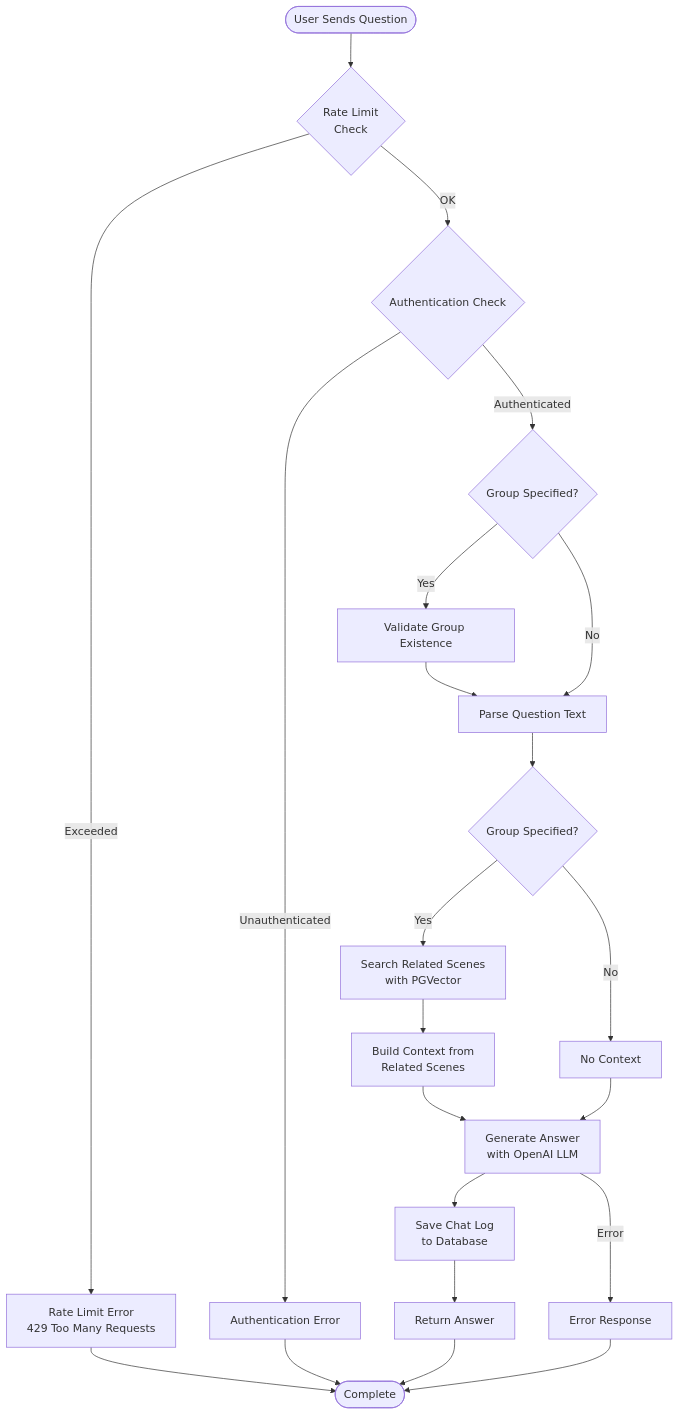
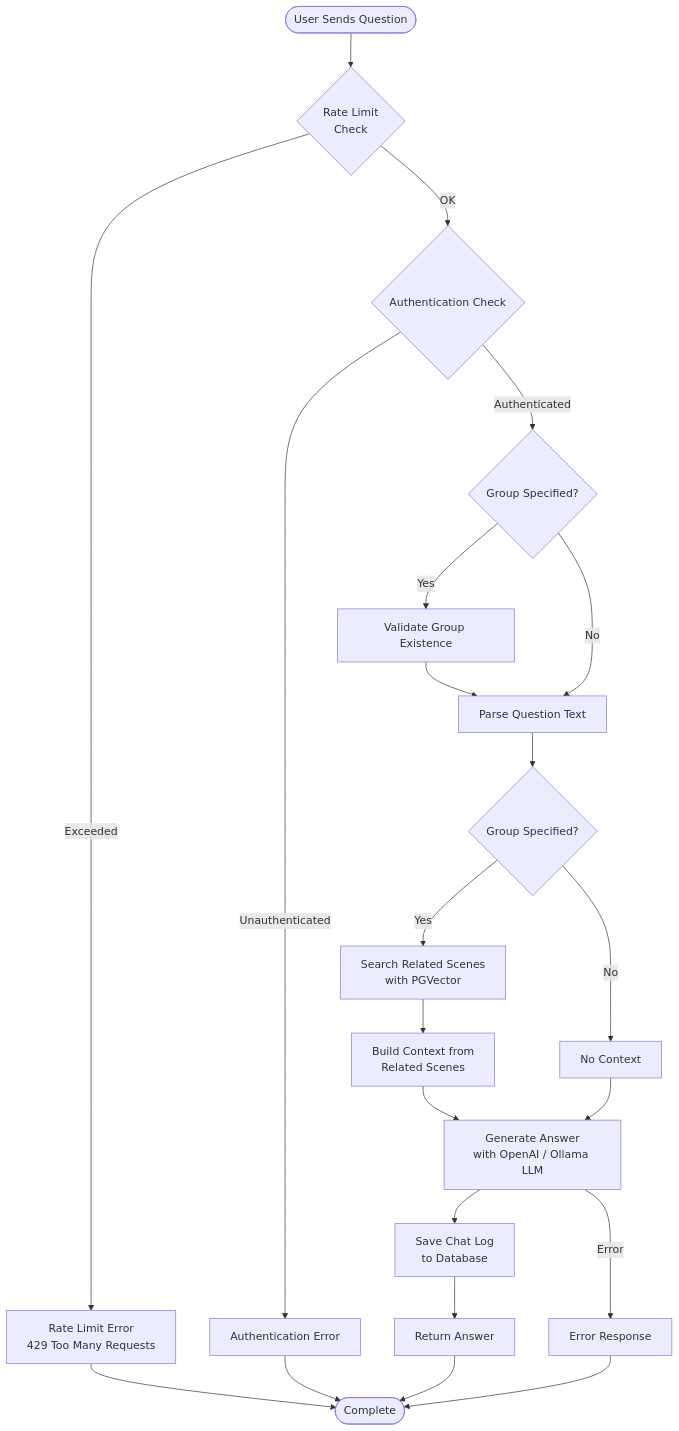
One commit to yukiharada1228/videoq changed the second of 5 diagrams in docs/requirements/activity-diagram.md. Above: the diagram before and after it, drawn with Mermaid. The commit also changed 5 other files, not shown here.

````diff
--- a/docs/requirements/activity-diagram.md
+++ b/docs/requirements/activity-diagram.md
@@ -44,29 +44,29 @@
 ```mermaid
 flowchart TD
     Start([User Sends Question]) --> RateLimit{"Rate Limit<br>Check"}
     RateLimit -->|Exceeded| ErrorRateLimit[Rate Limit Error<br/>429 Too Many Requests]
     ErrorRateLimit --> End
     RateLimit -->|OK| Auth{Authentication Check}
     Auth -->|Unauthenticated| Error1[Authentication Error]
     Auth -->|Authenticated| GetGroup{Group Specified?}
     
     GetGroup -->|Yes| ValidateGroup[Validate Group Existence]
     GetGroup -->|No| ParseQuery[Parse Question Text]
     ValidateGroup --> ParseQuery
     ParseQuery --> VectorSearch{Group Specified?}
     
     VectorSearch -->|Yes| SearchVectors[Search Related Scenes<br/>with PGVector]
     VectorSearch -->|No| NoContext[No Context]
     
     SearchVectors --> BuildContext[Build Context from<br/>Related Scenes]
-    BuildContext --> CallLLM[Generate Answer<br/>with OpenAI LLM]
+    BuildContext --> CallLLM[Generate Answer<br/>with OpenAI / Ollama LLM]
     NoContext --> CallLLM
     
     CallLLM --> SaveLog[Save Chat Log<br/>to Database]
     SaveLog --> ReturnAnswer[Return Answer]
     ReturnAnswer --> End([Complete])
 
     Error1 --> End
     CallLLM -->|Error| Error2[Error Response]
     Error2 --> End
 ```
````
